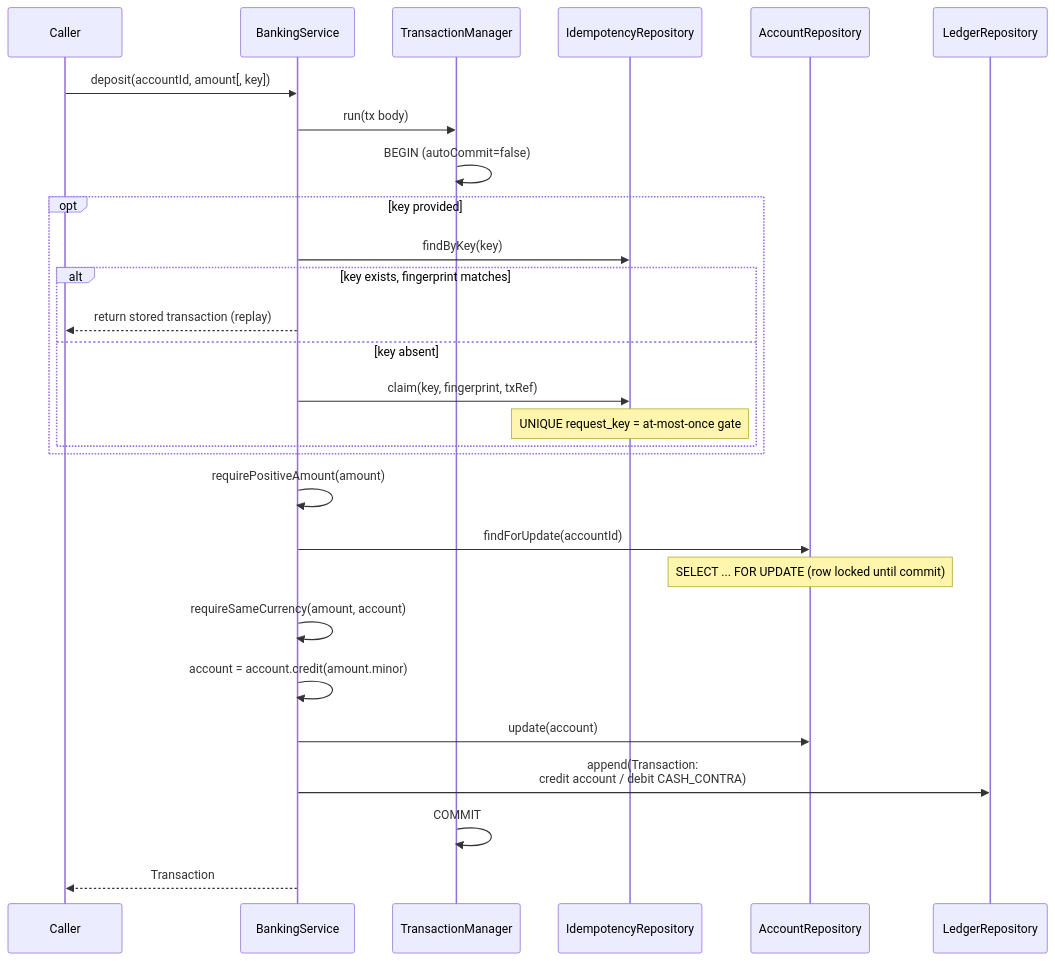
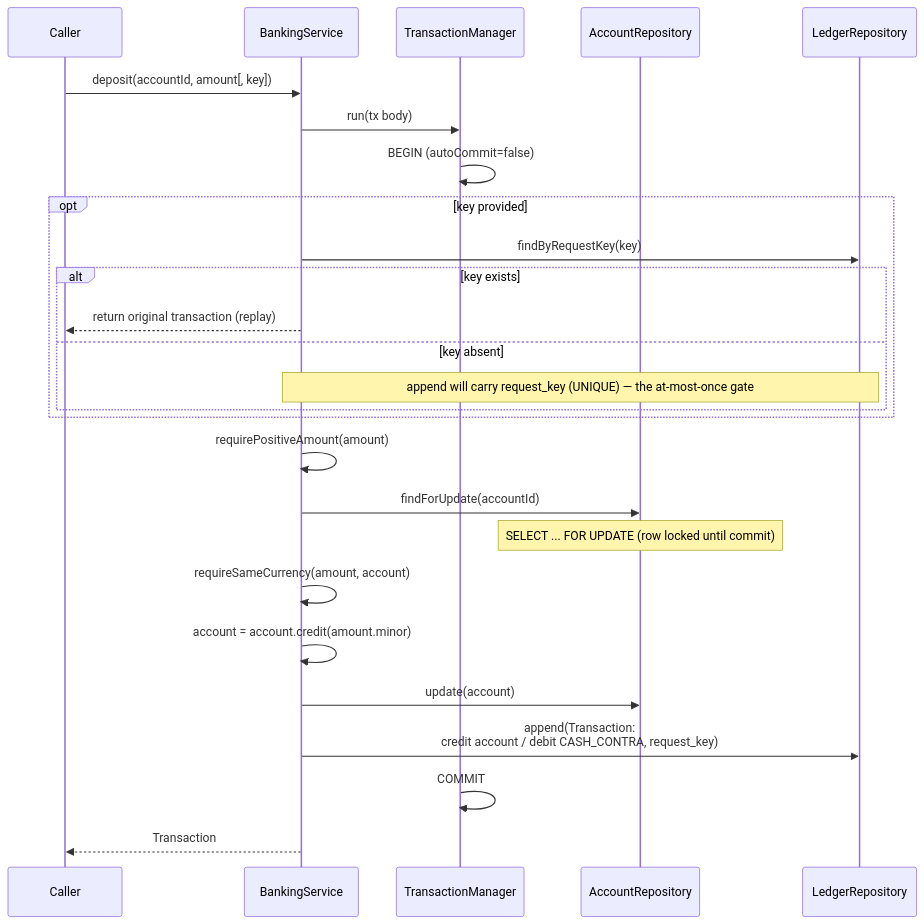
Before and after one commit to ngaikkeung/firstcircle-banking: the first of 7 diagrams in doc/operation-flows.md, drawn with Mermaid. The commit also changed other lines of this file and 19 other files, not shown here.

First line of the commit message:
refactor: simplify idempotency — store request key on entity

````diff
--- a/doc/operation-flows.md
+++ b/doc/operation-flows.md
@@ -10,31 +10,29 @@
 ```mermaid
 sequenceDiagram
     participant C as Caller
     participant S as BankingService
     participant TM as TransactionManager
-    participant IR as IdempotencyRepository
     participant R as AccountRepository
     participant G as LedgerRepository
 
     C->>S: deposit(accountId, amount[, key])
     S->>TM: run(tx body)
     TM->>TM: BEGIN (autoCommit=false)
     opt key provided
-        S->>IR: findByKey(key)
-        alt key exists, fingerprint matches
-            S-->>C: return stored transaction (replay)
+        S->>G: findByRequestKey(key)
+        alt key exists
+            S-->>C: return original transaction (replay)
         else key absent
-            S->>IR: claim(key, fingerprint, txRef)
-            Note over IR: UNIQUE request_key = at-most-once gate
+            Note over S,G: append will carry request_key (UNIQUE) — the at-most-once gate
         end
     end
     S->>S: requirePositiveAmount(amount)
     S->>R: findForUpdate(accountId)
     Note over R: SELECT ... FOR UPDATE (row locked until commit)
     S->>S: requireSameCurrency(amount, account)
     S->>S: account = account.credit(amount.minor)
     S->>R: update(account)
-    S->>G: append(Transaction:<br/>credit account / debit CASH_CONTRA)
+    S->>G: append(Transaction:<br/>credit account / debit CASH_CONTRA, request_key)
     TM->>TM: COMMIT
     S-->>C: Transaction
 ```
````
